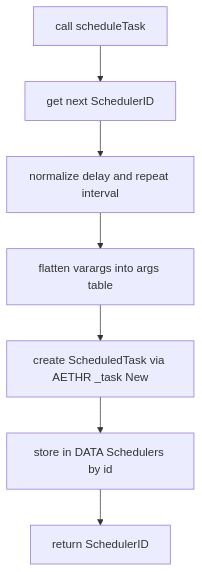
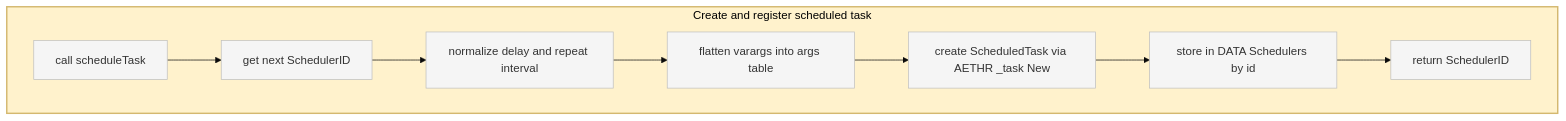
Before and after one commit to Gh0st352/AETHR: the first of 3 diagrams in docs/brain/scheduler.md, drawn with Mermaid. The commit also changed other lines of this file and 5 other files, not shown here.

First line of the commit message:
docs(diagrams): convert mermaid identifiers and improve styling

````diff
--- a/docs/brain/scheduler.md
+++ b/docs/brain/scheduler.md
@@ -12,9 +12,16 @@
 ```mermaid
-flowchart TD
-  ST1[call scheduleTask] --> ST2[get next SchedulerID]
-  ST2 --> ST3[normalize delay and repeat interval]
-  ST3 --> ST4[flatten varargs into args table]
-  ST4 --> ST5[create ScheduledTask via AETHR _task New]
-  ST5 --> ST6[store in DATA Schedulers by id]
-  ST6 --> ST7[return SchedulerID]
+%%{init: {"theme":"base", "themeVariables": {"primaryColor":"#f5f5f5","edgeLabelBackground":"#ffffff"}}}%%
+flowchart
+  subgraph SCHEDULE [Create and register scheduled task]
+    style SCHEDULE fill:#fff2cc,stroke:#d4b86f,stroke-width:2px
+    ST1[call scheduleTask] --> ST2[get next SchedulerID]
+    ST2 --> ST3[normalize delay and repeat interval]
+    ST3 --> ST4[flatten varargs into args table]
+    ST4 --> ST5[create ScheduledTask via AETHR _task New]
+    ST5 --> ST6[store in DATA Schedulers by id]
+    ST6 --> ST7[return SchedulerID]
+  end
+
+  classDef node fill:#f5f5f5,stroke:#bfbfbf,stroke-width:1px
+  class ST1,ST2,ST3,ST4,ST5,ST6,ST7 node
 ```
````
